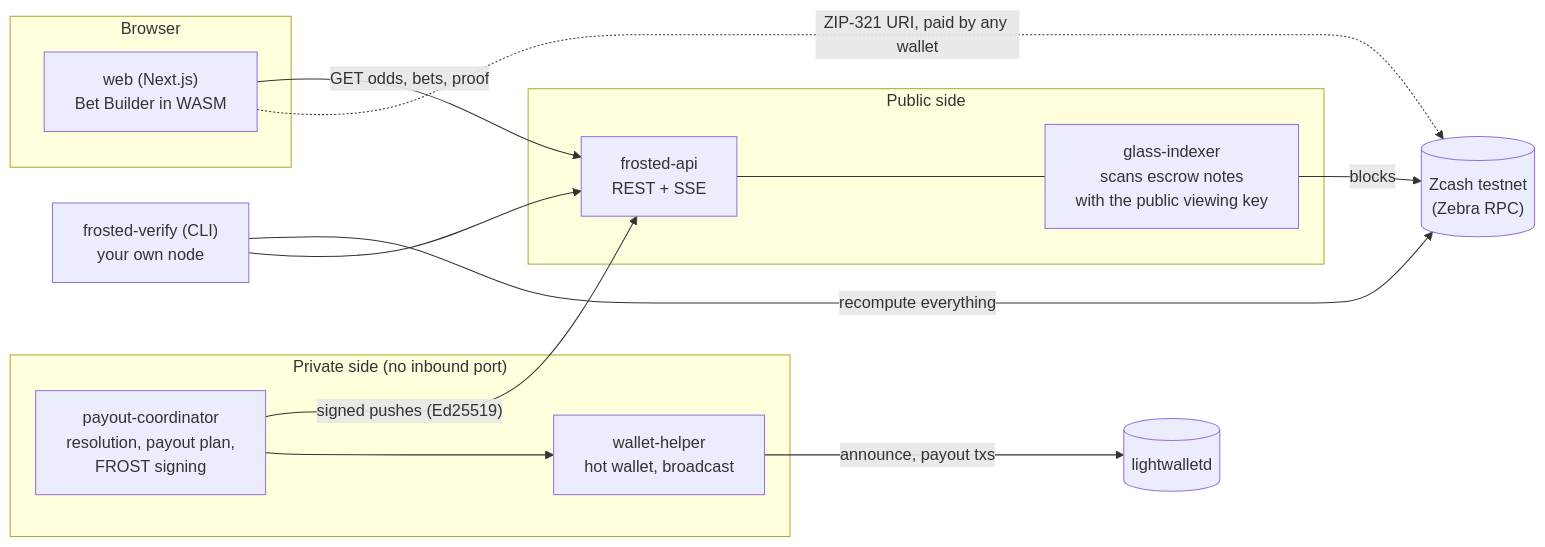
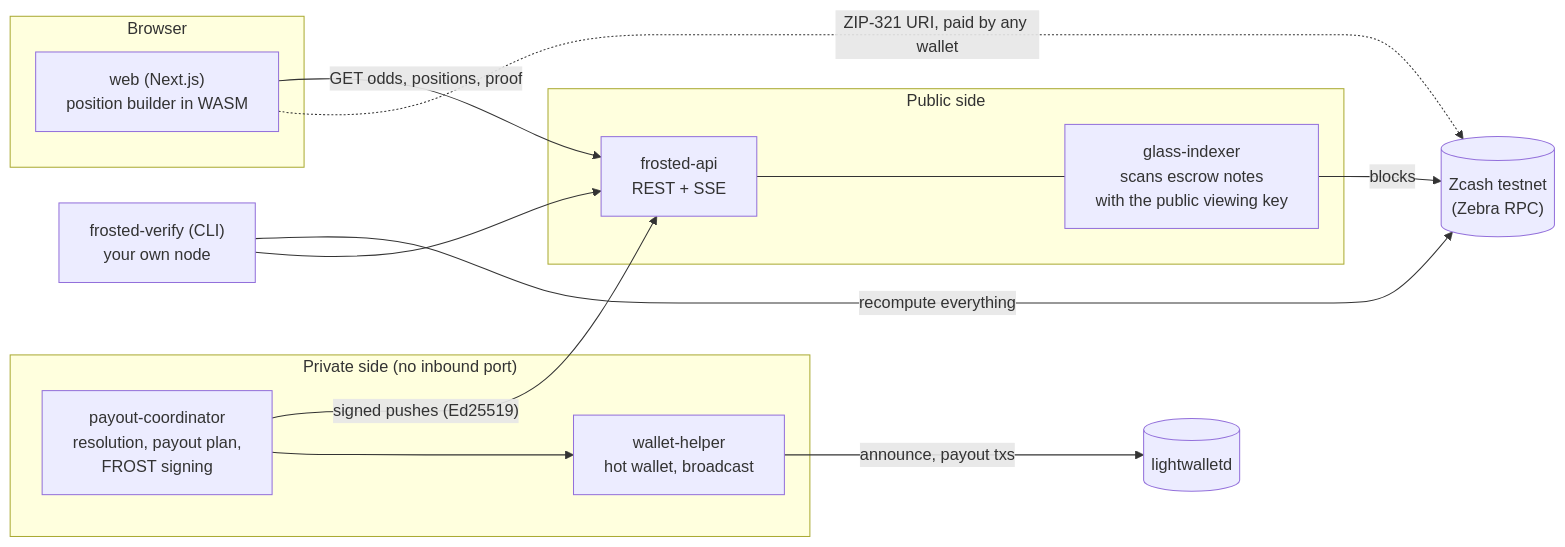
One commit to jonathanmaul/frosted changed the first of 3 diagrams in README.md. Above: the diagram before and after it, drawn with Mermaid. The commit also changed other lines of this file, not shown here.

````diff
--- a/README.md
+++ b/README.md
@@ -66,27 +67,27 @@
 ```mermaid
 flowchart LR
   subgraph Browser
-    W["web (Next.js)<br/>Bet Builder in WASM"]
+    W["web (Next.js)<br/>position builder in WASM"]
   end
   subgraph Public side
     API["frosted-api<br/>REST + SSE"]
     IDX["glass-indexer<br/>scans escrow notes<br/>with the public viewing key"]
   end
   subgraph Private side["Private side (no inbound port)"]
     CO["payout-coordinator<br/>resolution, payout plan,<br/>FROST signing"]
     WH["wallet-helper<br/>hot wallet, broadcast"]
   end
   Z[("Zcash testnet<br/>(Zebra RPC)")]
   L[("lightwalletd")]
   V["frosted-verify (CLI)<br/>your own node"]
 
-  W -- "GET odds, bets, proof" --> API
+  W -- "GET odds, positions, proof" --> API
   API --- IDX
   IDX -- "blocks" --> Z
   CO -- "signed pushes (Ed25519)" --> API
   CO --> WH
   WH -- "announce, payout txs" --> L
   W -. "ZIP-321 URI, paid by any wallet" .-> Z
   V -- "recompute everything" --> Z
   V --> API
 ```
````
